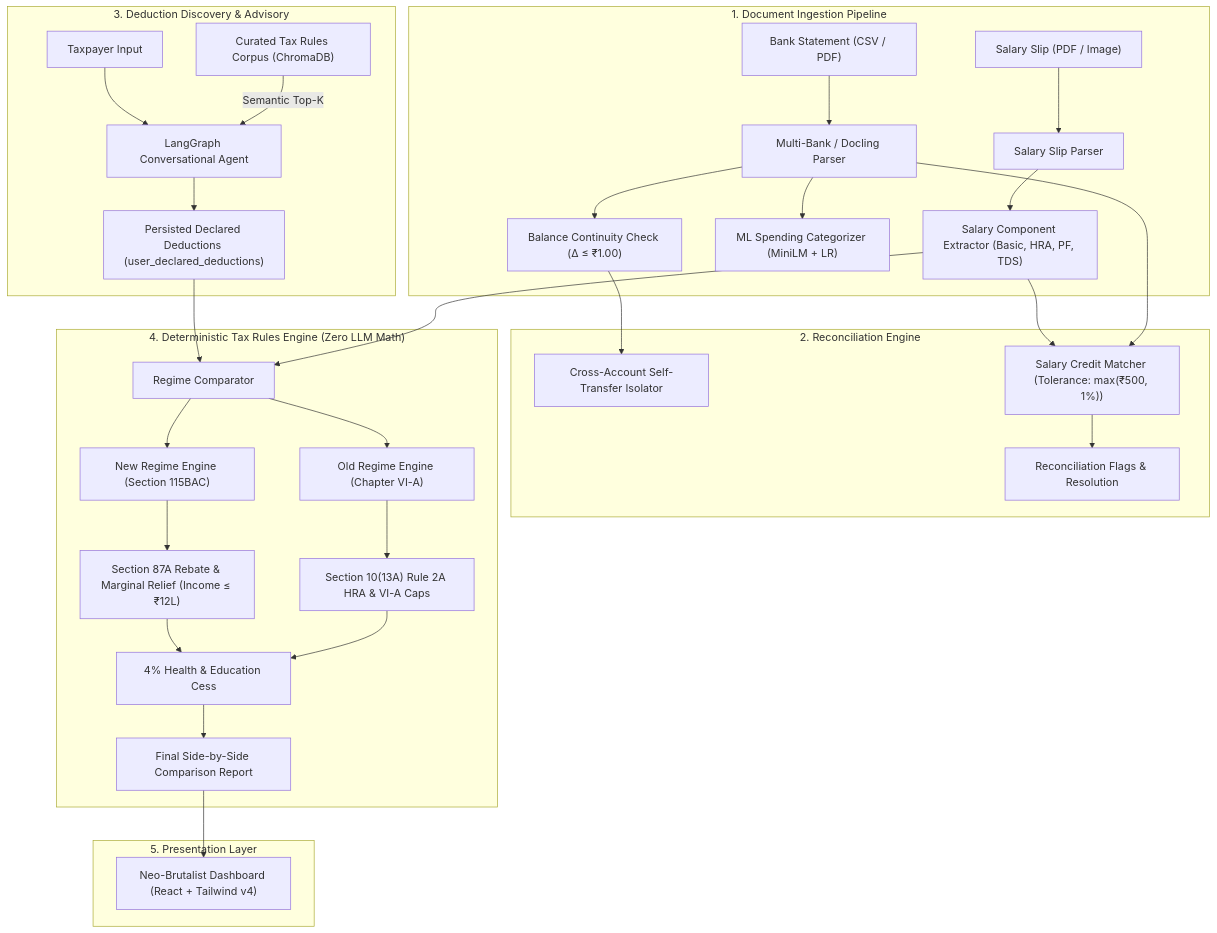
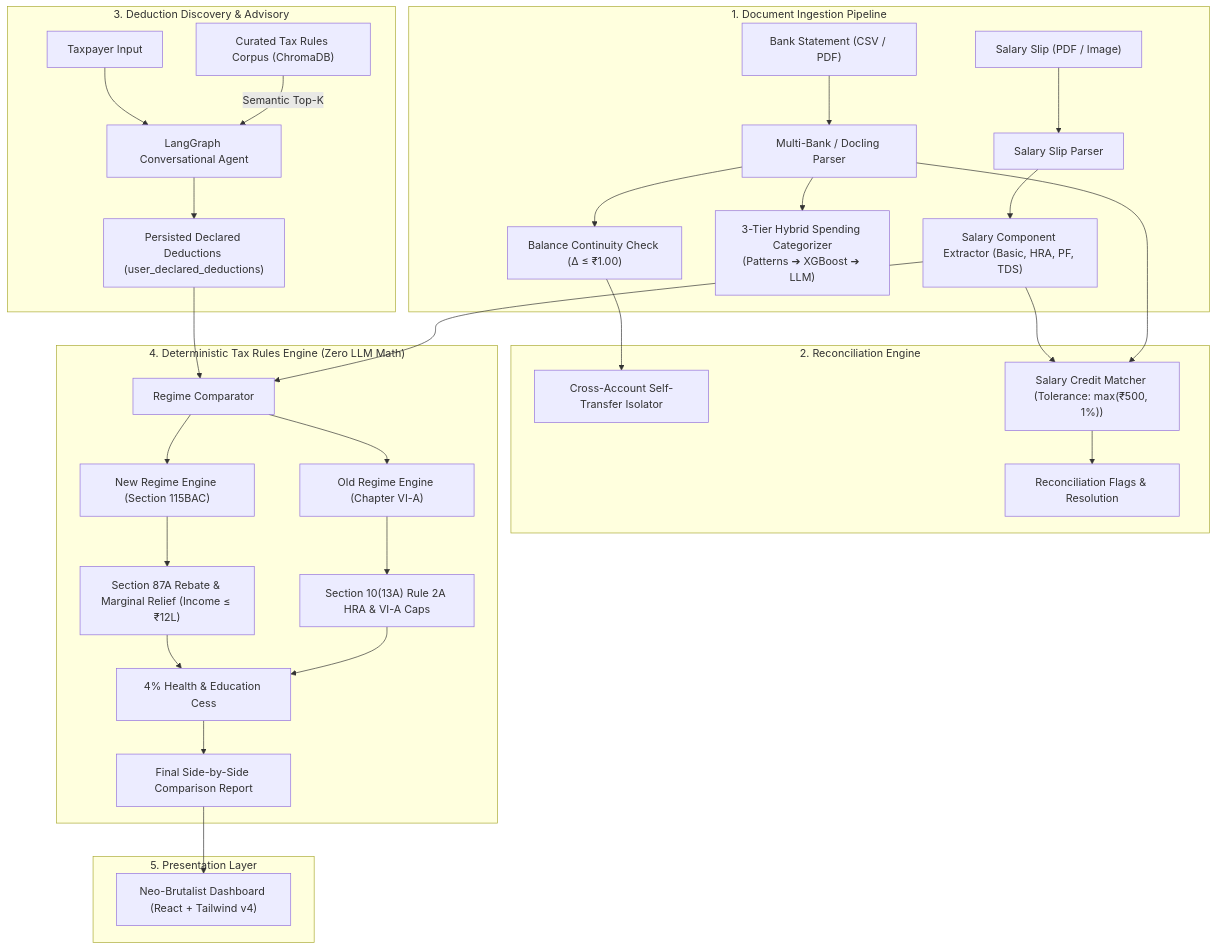
The first of 2 diagrams in README.md (VesperAkshay/Tax-Planner-Finance), drawn with Mermaid before and after one commit. The commit also changed other lines of this file and 27 other files, not shown here.

Commit message:
feat: implement 3-tier hybrid categorization, advanced financial snapshot analytics, and polished reconciliation UX

````diff
--- a/README.md
+++ b/README.md
@@ -18,36 +18,36 @@
 ```mermaid
 flowchart TD
     subgraph Ingestion["1. Document Ingestion Pipeline"]
         A["Bank Statement (CSV / PDF)"] --> B["Multi-Bank / Docling Parser"]
         C["Salary Slip (PDF / Image)"] --> D["Salary Slip Parser"]
         B --> E["Balance Continuity Check (Δ ≤ ₹1.00)"]
-        B --> F["ML Spending Categorizer (MiniLM + LR)"]
+        B --> F["3-Tier Hybrid Spending Categorizer<br/>(Patterns ➔ XGBoost ➔ LLM)"]
         D --> G["Salary Component Extractor (Basic, HRA, PF, TDS)"]
     end
 
     subgraph Reconciliation["2. Reconciliation Engine"]
         E --> H["Cross-Account Self-Transfer Isolator"]
         G & B --> I["Salary Credit Matcher (Tolerance: max(₹500, 1%))"]
         I --> J["Reconciliation Flags & Resolution"]
     end
 
     subgraph Discovery["3. Deduction Discovery & Advisory"]
         K["Taxpayer Input"] --> L["LangGraph Conversational Agent"]
         M["Curated Tax Rules Corpus (ChromaDB)"] -->|Semantic Top-K| L
         L --> N["Persisted Declared Deductions (user_declared_deductions)"]
     end
 
     subgraph TaxEngine["4. Deterministic Tax Rules Engine (Zero LLM Math)"]
         N & G --> O["Regime Comparator"]
         O --> P["New Regime Engine (Section 115BAC)"]
         O --> Q["Old Regime Engine (Chapter VI-A)"]
         P --> R["Section 87A Rebate & Marginal Relief (Income ≤ ₹12L)"]
         Q --> S["Section 10(13A) Rule 2A HRA & VI-A Caps"]
         R & S --> T["4% Health & Education Cess"]
         T --> U["Final Side-by-Side Comparison Report"]
     end
 
     subgraph Presentation["5. Presentation Layer"]
         U --> V["Neo-Brutalist Dashboard (React + Tailwind v4)"]
     end
 ```
````
